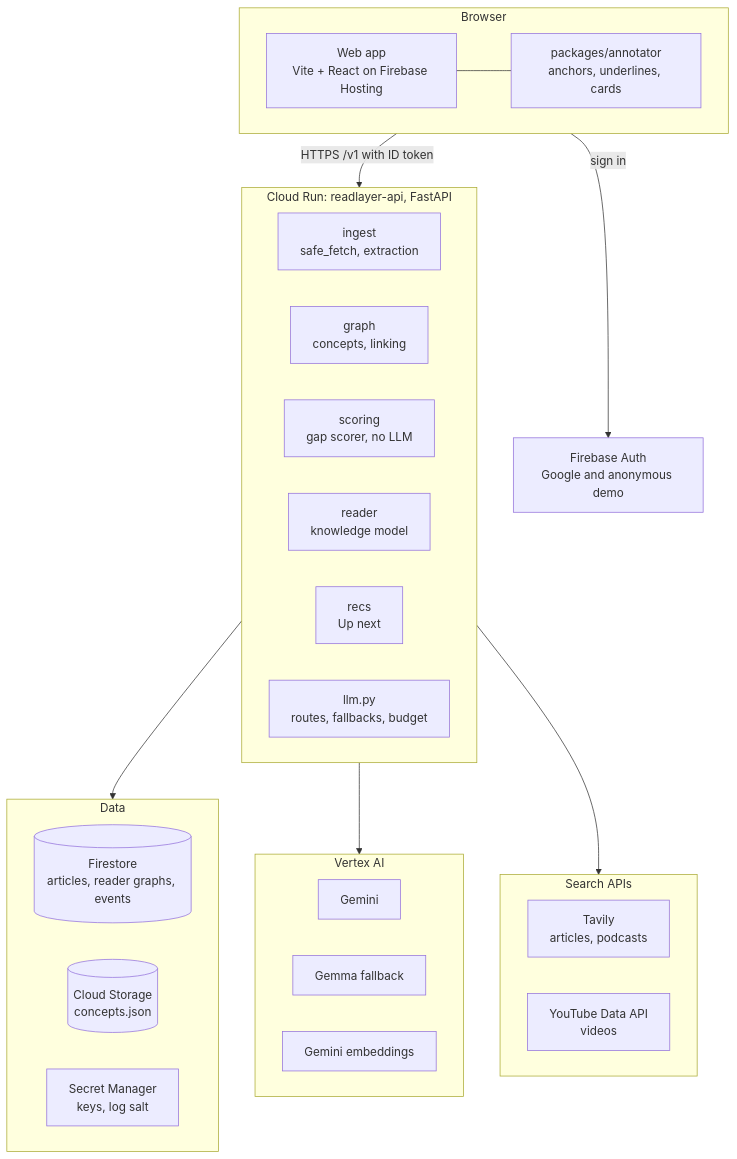
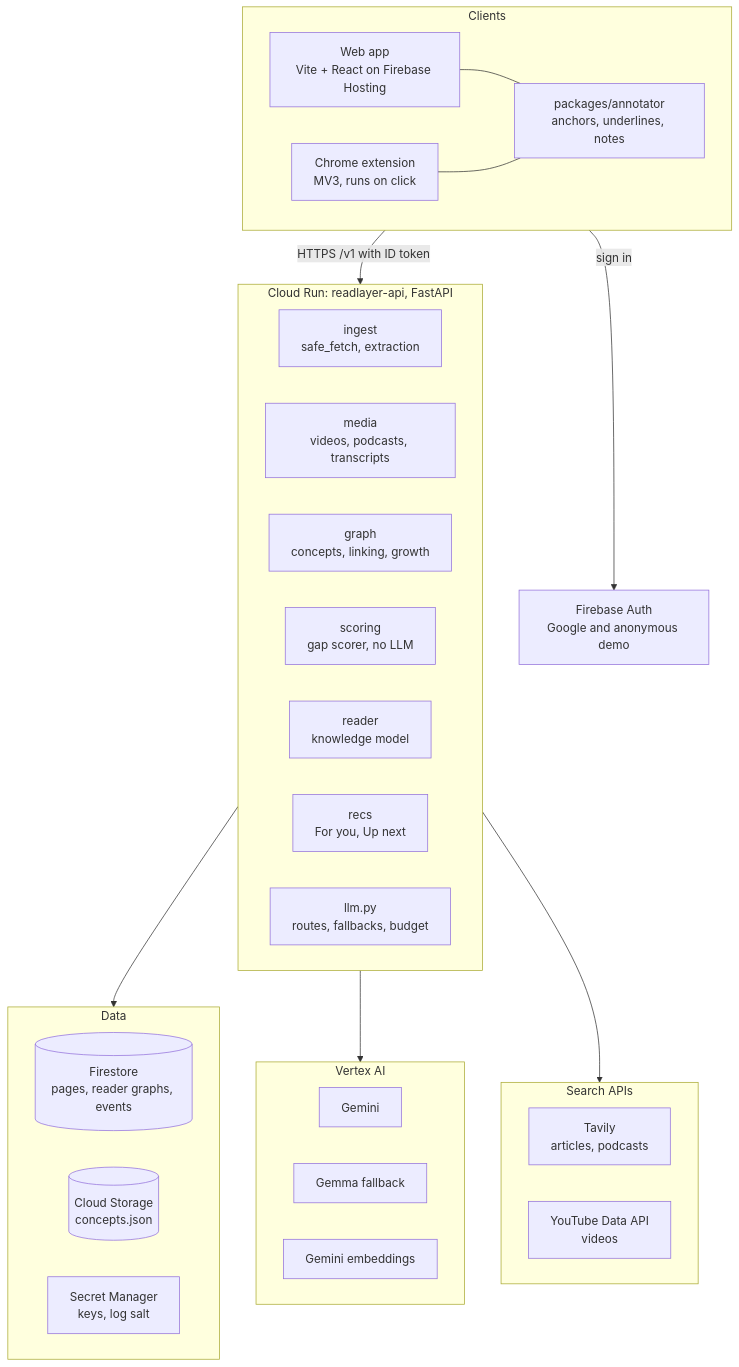
Before and after one commit to SOURABHMISHRA5221/readlayer: the second of 2 diagrams in README.md, drawn with Mermaid. The commit also changed other lines of this file and 4 other files, not shown here.

````diff
--- a/README.md
+++ b/README.md
@@ -101,46 +125,49 @@
 ```mermaid
 flowchart TB
-    subgraph client["Browser"]
+    subgraph client["Clients"]
         direction LR
         web["Web app<br/>Vite + React on Firebase Hosting"]
-        ann["packages/annotator<br/>anchors, underlines, cards"]
+        ext["Chrome extension<br/>MV3, runs on click"]
+        ann["packages/annotator<br/>anchors, underlines, notes"]
         web --- ann
+        ext --- ann
     end
     auth["Firebase Auth<br/>Google and anonymous demo"]
 
     subgraph api["Cloud Run: readlayer-api, FastAPI"]
         direction LR
         ingestm["ingest<br/>safe_fetch, extraction"]
-        graphm["graph<br/>concepts, linking"]
+        media["media<br/>videos, podcasts, transcripts"]
+        graphm["graph<br/>concepts, linking, growth"]
         scoring["scoring<br/>gap scorer, no LLM"]
         reader["reader<br/>knowledge model"]
-        recs["recs<br/>Up next"]
+        recs["recs<br/>For you, Up next"]
         llm["llm.py<br/>routes, fallbacks, budget"]
     end
 
     subgraph data["Data"]
         direction LR
-        fs[("Firestore<br/>articles, reader graphs, events")]
+        fs[("Firestore<br/>pages, reader graphs, events")]
         gcs[("Cloud Storage<br/>concepts.json")]
         sm["Secret Manager<br/>keys, log salt"]
     end
 
     subgraph ai["Vertex AI"]
         direction LR
         gemini["Gemini"]
         gemma["Gemma fallback"]
         embed["Gemini embeddings"]
     end
 
     subgraph search["Search APIs"]
         direction LR
         tavily["Tavily<br/>articles, podcasts"]
         yt["YouTube Data API<br/>videos"]
     end
 
     client -- "sign in" --> auth
     client -- "HTTPS /v1 with ID token" --> api
     api --> data
     llm --> ai
     recs --> search
 ```
````
